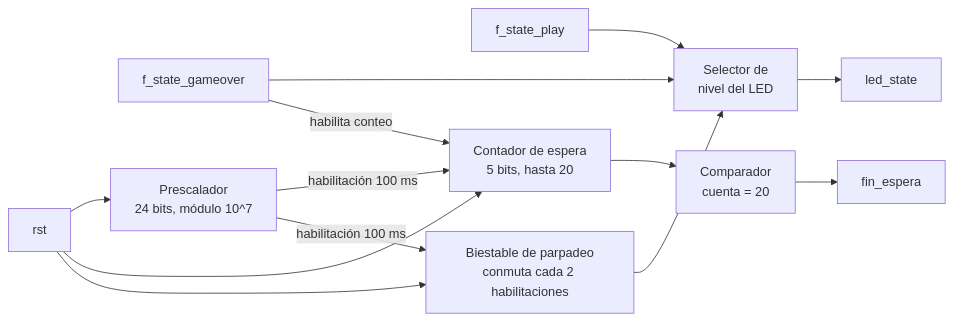
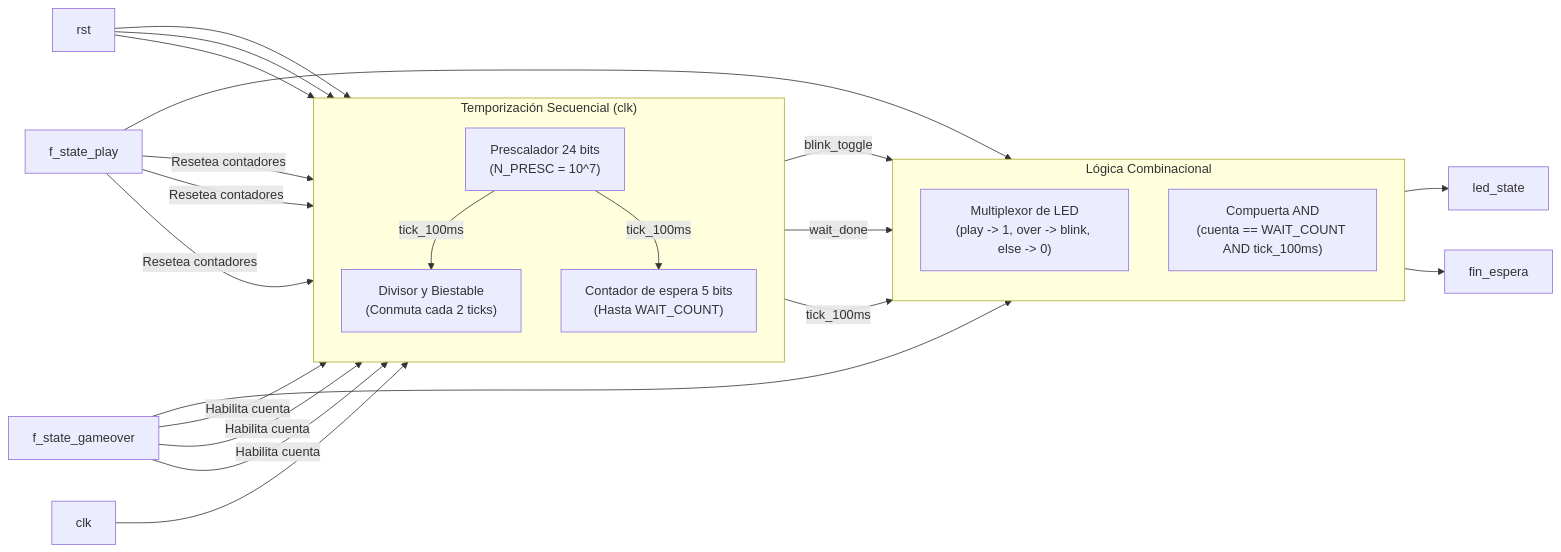
The diagram in docs/Diseños_Separados/fpga/m07_estado_juego.md (Taller-de-diseno-digital-GR01/Proyecto-1-Whack-a-mole), drawn with Mermaid before and after one commit. The commit also changed other lines of this file and 5 other files, not shown here.

````diff
--- a/docs/Diseños_Separados/fpga/m07_estado_juego.md
+++ b/docs/Diseños_Separados/fpga/m07_estado_juego.md
@@ -40,15 +38,45 @@
 ```mermaid
 flowchart LR
-    play["f_state_play"] --> SEL["Selector de<br/>nivel del LED"]
-    over["f_state_gameover"] --> SEL
-    rst[rst] --> P
-    P["Prescalador<br/>24 bits, módulo 10^7"] -->|habilitación 100 ms| T
-    P -->|habilitación 100 ms| B
-    over -->|habilita conteo| T
-    T["Contador de espera<br/>5 bits, hasta 20"] --> C20["Comparador<br/>cuenta = 20"]
-    C20 --> fe[fin_espera]
-    B["Biestable de parpadeo<br/>conmuta cada 2 habilitaciones"] --> SEL
-    SEL --> led[led_state]
-    rst --> T
-    rst --> B
+    %% Entradas
+    clk[clk]
+    rst[rst]
+    play[f_state_play]
+    over[f_state_gameover]
+
+    subgraph Temporizacion ["Temporización Secuencial (clk)"]
+        direction TB
+        P["Prescalador 24 bits<br/>(N_PRESC = 10^7)"]
+        B["Divisor y Biestable<br/>(Conmuta cada 2 ticks)"]
+        T["Contador de espera 5 bits<br/>(Hasta WAIT_COUNT)"]
+        
+        P -->|tick_100ms| B
+        P -->|tick_100ms| T
+    end
+    
+    subgraph Decodificacion ["Lógica Combinacional"]
+        direction TB
+        SEL["Multiplexor de LED<br/>(play -> 1, over -> blink, else -> 0)"]
+        C20["Compuerta AND<br/>(cuenta == WAIT_COUNT AND tick_100ms)"]
+    end
+
+    %% Salidas
+    out_led["led_state"]
+    out_fin["fin_espera"]
+
+    %% Conexiones de Entrada a Bloques
+    clk --> Temporizacion
+    rst --> P & B & T
+    play -->|Resetea contadores| P & B & T
+    over -->|Habilita cuenta| P & B & T
+    
+    play --> SEL
+    over --> SEL
+
+    %% Conexiones Internas a Salidas
+    B -->|blink_toggle| SEL
+    T -->|wait_done| C20
+    P -->|tick_100ms| C20
+    
+    SEL --> out_led
+    C20 --> out_fin
 ```
````
